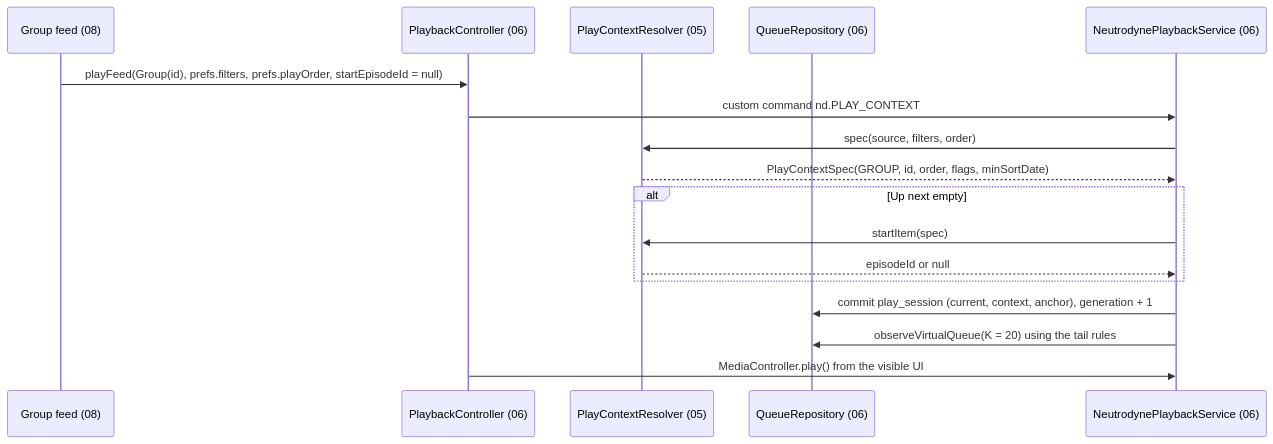
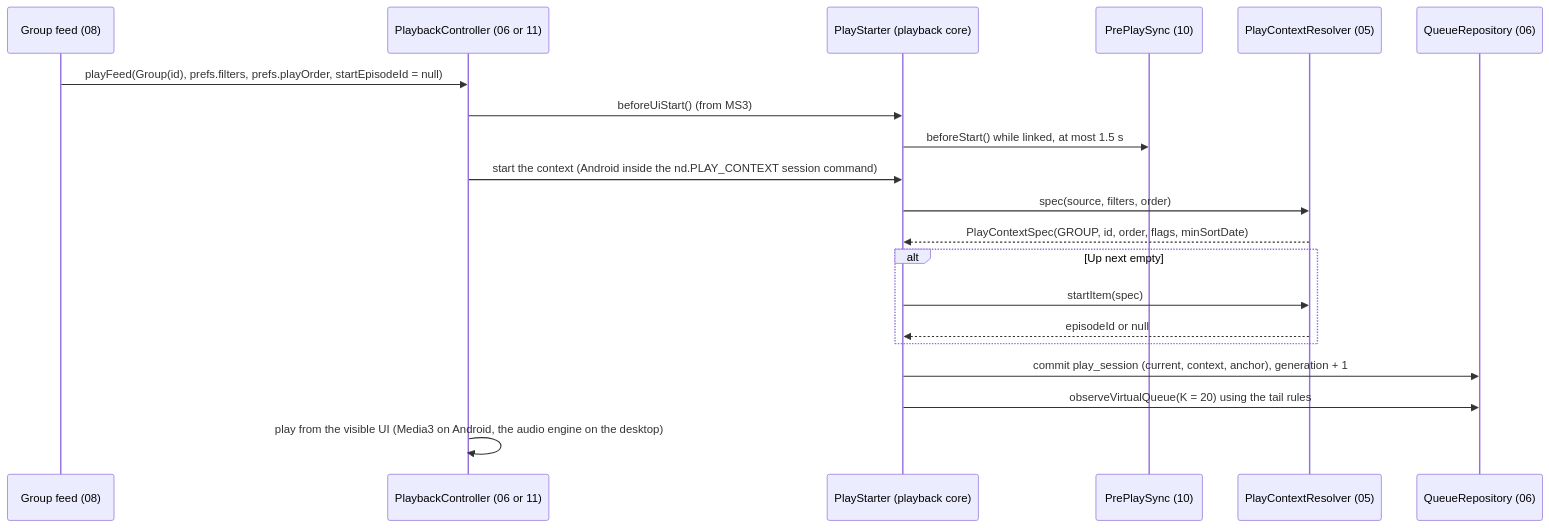
One commit to BigBoyDevBox/Neutrodyne changed the third of 8 diagrams in docs/design/05-groups-opml-backup.md. Above: the diagram before and after it, drawn with Mermaid. The commit also changed other lines of this file and 2 other files, not shown here.

````diff
--- a/docs/design/05-groups-opml-backup.md
+++ b/docs/design/05-groups-opml-backup.md
@@ -560,19 +618,22 @@
 ```mermaid
 sequenceDiagram
   participant UI as Group feed (08)
-  participant PC as PlaybackController (06)
+  participant PC as PlaybackController (06 or 11)
+  participant PS as PlayStarter (playback core)
+  participant SY as PrePlaySync (10)
   participant CR as PlayContextResolver (05)
   participant Q as QueueRepository (06)
-  participant S as NeutrodynePlaybackService (06)
   UI->>PC: playFeed(Group(id), prefs.filters, prefs.playOrder, startEpisodeId = null)
-  PC->>S: custom command nd.PLAY_CONTEXT
-  S->>CR: spec(source, filters, order)
-  CR-->>S: PlayContextSpec(GROUP, id, order, flags, minSortDate)
+  PC->>PS: beforeUiStart() (from MS3)
+  PS->>SY: beforeStart() while linked, at most 1.5 s
+  PC->>PS: start the context (Android inside the nd.PLAY_CONTEXT session command)
+  PS->>CR: spec(source, filters, order)
+  CR-->>PS: PlayContextSpec(GROUP, id, order, flags, minSortDate)
   alt Up next empty
-    S->>CR: startItem(spec)
-    CR-->>S: episodeId or null
+    PS->>CR: startItem(spec)
+    CR-->>PS: episodeId or null
   end
-  S->>Q: commit play_session (current, context, anchor), generation + 1
-  S->>Q: observeVirtualQueue(K = 20) using the tail rules
-  PC->>S: MediaController.play() from the visible UI
+  PS->>Q: commit play_session (current, context, anchor), generation + 1
+  PS->>Q: observeVirtualQueue(K = 20) using the tail rules
+  PC->>PC: play from the visible UI (Media3 on Android, the audio engine on the desktop)
 ```
````
